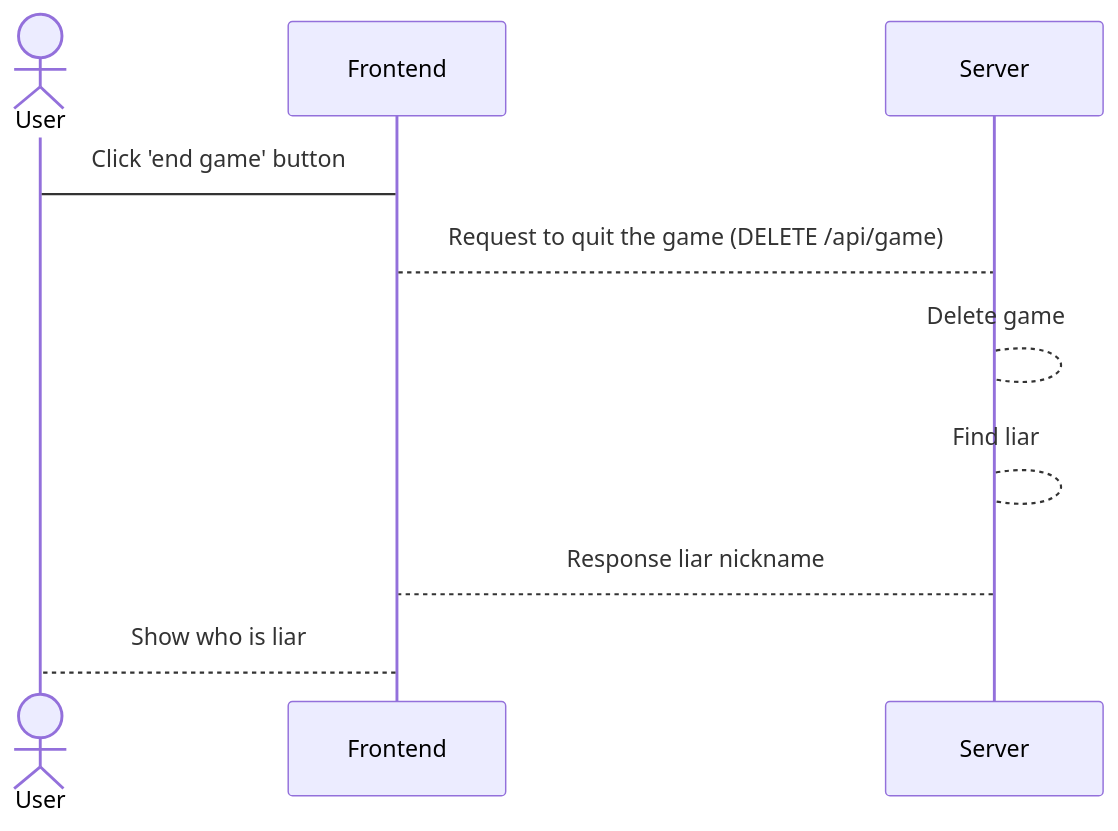
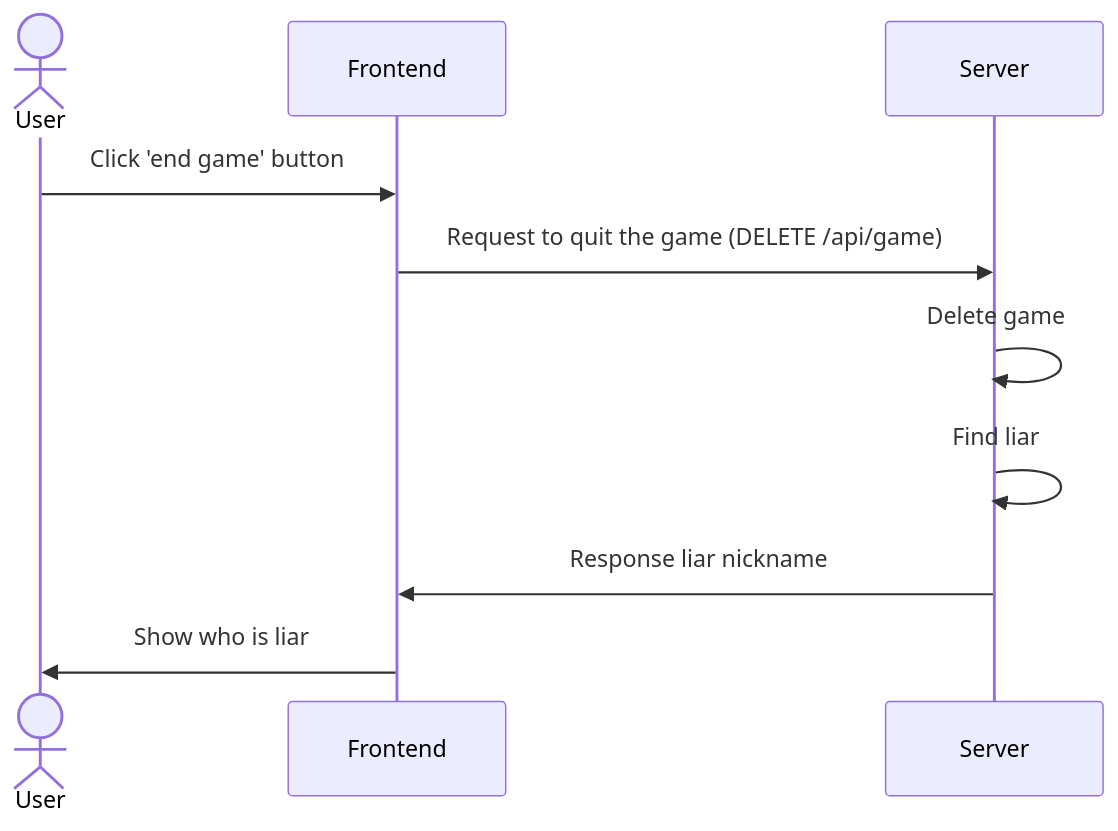
Before and after one commit to youngcha-lab/liar-game: the diagram in liar-game-app/docs/leader_end_game.md, drawn with Mermaid. The commit also changed 5 other files, not shown here.

````diff
--- a/liar-game-app/docs/leader_end_game.md
+++ b/liar-game-app/docs/leader_end_game.md
@@ -1,13 +1,13 @@
 ```mermaid
 sequenceDiagram
 actor user as User
 participant fe as Frontend
 participant server as Server
 
-user -> fe: Click 'end game' button
-fe --> server: Request to quit the game (DELETE /api/game)
-server --> server: Delete game
-server --> server: Find liar
-server --> fe: Response liar nickname
-fe --> user: Show who is liar
+user ->> fe: Click 'end game' button
+fe ->> server: Request to quit the game (DELETE /api/game)
+server ->> server: Delete game
+server ->> server: Find liar
+server ->> fe: Response liar nickname
+fe ->> user: Show who is liar
 ```
````
